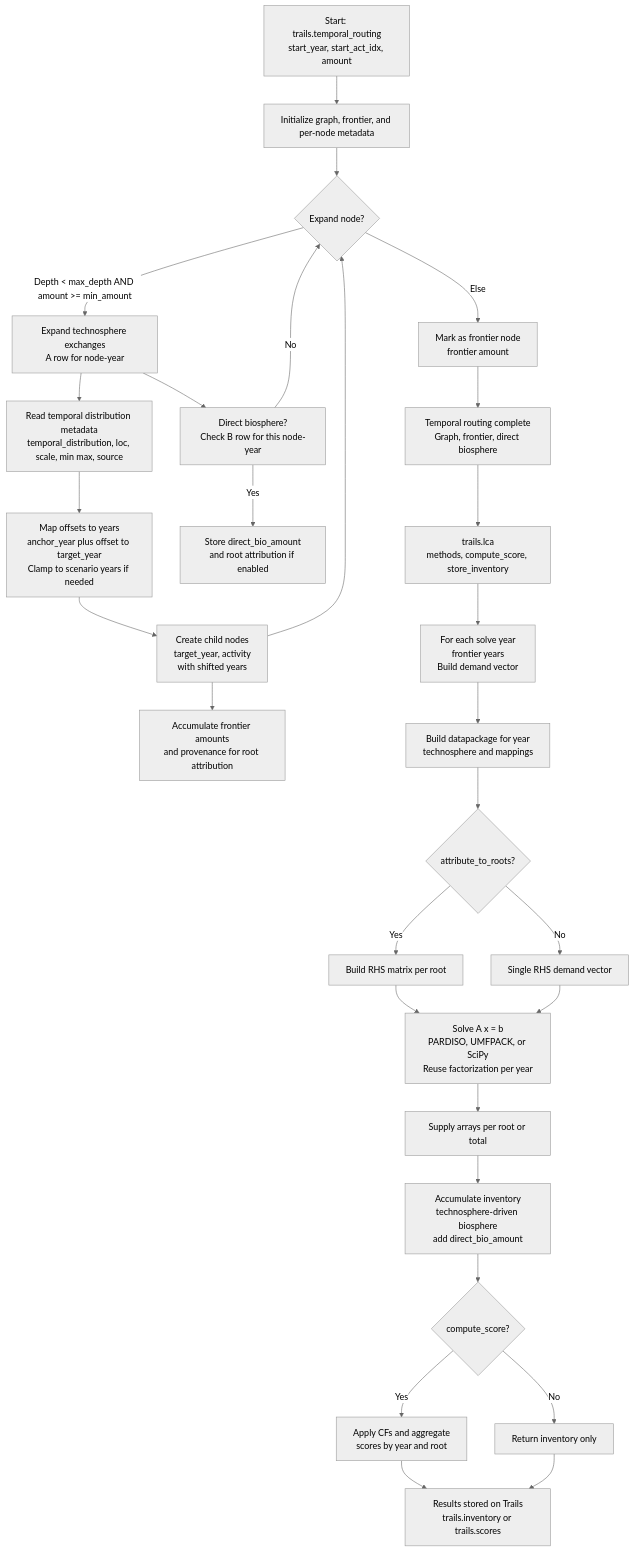
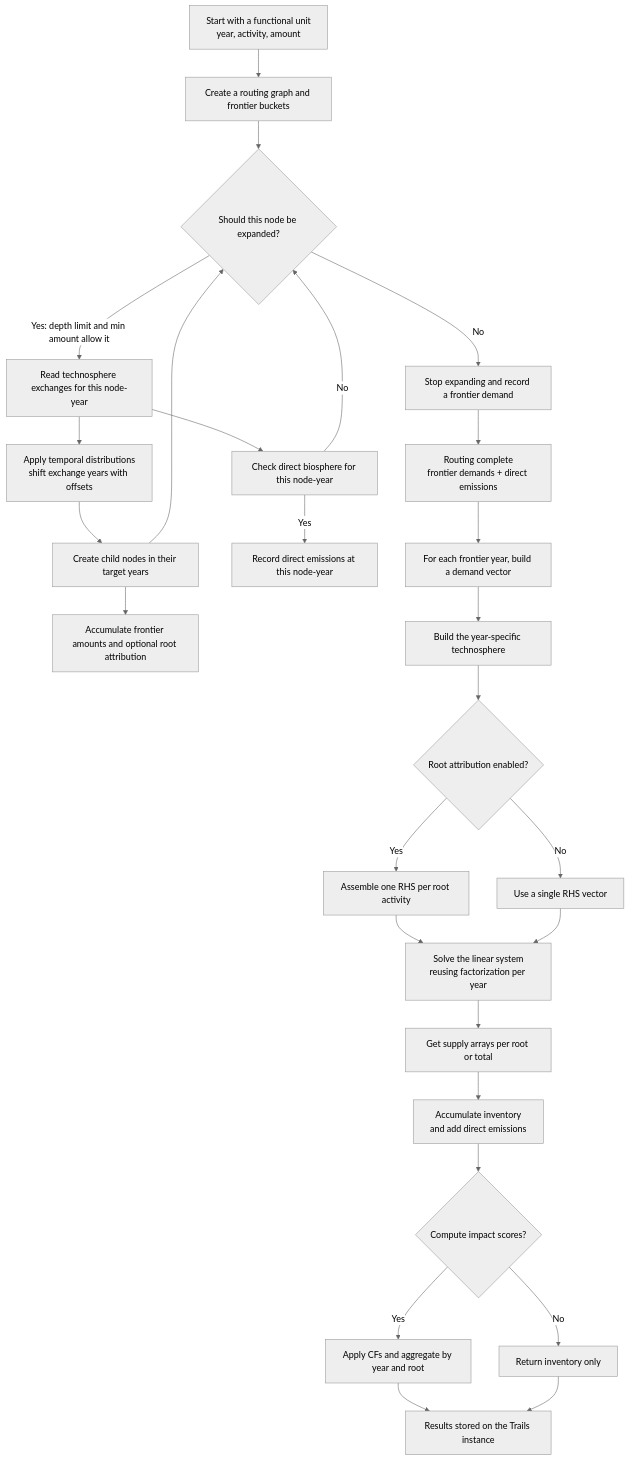
Before and after one commit to Laboratory-for-Energy-Systems-Analysis/trails: the diagram in README.md, drawn with Mermaid (neutral theme).

Commit message:
enrich README.md

````diff
--- a/README.md
+++ b/README.md
@@ -40,32 +40,30 @@
 ```mermaid
 flowchart TD
-  A[Start: trails.temporal_routing<br>start_year, start_act_idx, amount] --> B[Initialize graph, frontier, and per-node metadata]
-  B --> C{Expand node?}
-  C -->|Depth < max_depth AND amount >= min_amount| D[Expand technosphere exchanges<br>A row for node-year]
-  C -->|Else| E[Mark as frontier node<br>frontier amount]
-  D --> F[Read temporal distribution metadata<br>temporal_distribution, loc, scale, min max, source]
-  F --> G[Map offsets to years<br>anchor_year plus offset to target_year<br>Clamp to scenario years if needed]
-  G --> H[Create child nodes<br>target_year, activity<br>with shifted years]
-  H --> I[Accumulate frontier amounts<br>and provenance for root attribution]
-  D --> J[Direct biosphere?<br>Check B row for this node-year]
-  J -->|Yes| K[Store direct_bio_amount<br>and root attribution if enabled]
-  J -->|No| C
-  H --> C
-  E --> L[Temporal routing complete<br>Graph, frontier, direct biosphere]
+  A[Start with a functional unit<br>year, activity, amount] --> B[Create a routing graph and frontier buckets]
+  B --> C{Should this node be expanded?}
+  C -->|Yes: depth limit and min amount allow it| D[Read technosphere exchanges for this node-year]
+  C -->|No| E[Stop expanding and record a frontier demand]
+  D --> F[Apply temporal distributions<br>shift exchange years with offsets]
+  F --> G[Create child nodes in their target years]
+  G --> H[Accumulate frontier amounts and optional root attribution]
+  D --> I[Check direct biosphere for this node-year]
+  I -->|Yes| J[Record direct emissions at this node-year]
+  I -->|No| C
+  G --> C
+  E --> K[Routing complete<br>frontier demands + direct emissions]
 
-  L --> M[trails.lca<br>methods, compute_score, store_inventory]
-  M --> N[For each solve year<br>frontier years<br>Build demand vector]
-  N --> O[Build datapackage for year<br>technosphere and mappings]
-  O --> P{attribute_to_roots?}
-  P -->|Yes| Q[Build RHS matrix per root]
-  P -->|No| R[Single RHS demand vector]
-  Q --> S[Solve A x = b<br>PARDISO, UMFPACK, or SciPy<br>Reuse factorization per year]
-  R --> S
-  S --> T[Supply arrays per root or total]
-  T --> U[Accumulate inventory<br>technosphere-driven biosphere<br>add direct_bio_amount]
-  U --> V{compute_score?}
-  V -->|Yes| W[Apply CFs and aggregate<br>scores by year and root]
-  V -->|No| X[Return inventory only]
-  W --> Y[Results stored on Trails<br>trails.inventory or trails.scores]
-  X --> Y
+  K --> L[For each frontier year, build a demand vector]
+  L --> M[Build the year-specific technosphere]
+  M --> N{Root attribution enabled?}
+  N -->|Yes| O[Assemble one RHS per root activity]
+  N -->|No| P[Use a single RHS vector]
+  O --> Q[Solve the linear system<br>reusing factorization per year]
+  P --> Q
+  Q --> R[Get supply arrays per root or total]
+  R --> S[Accumulate inventory<br>and add direct emissions]
+  S --> T{Compute impact scores?}
+  T -->|Yes| U[Apply CFs and aggregate by year and root]
+  T -->|No| V[Return inventory only]
+  U --> W[Results stored on the Trails instance]
+  V --> W
 ```
````
